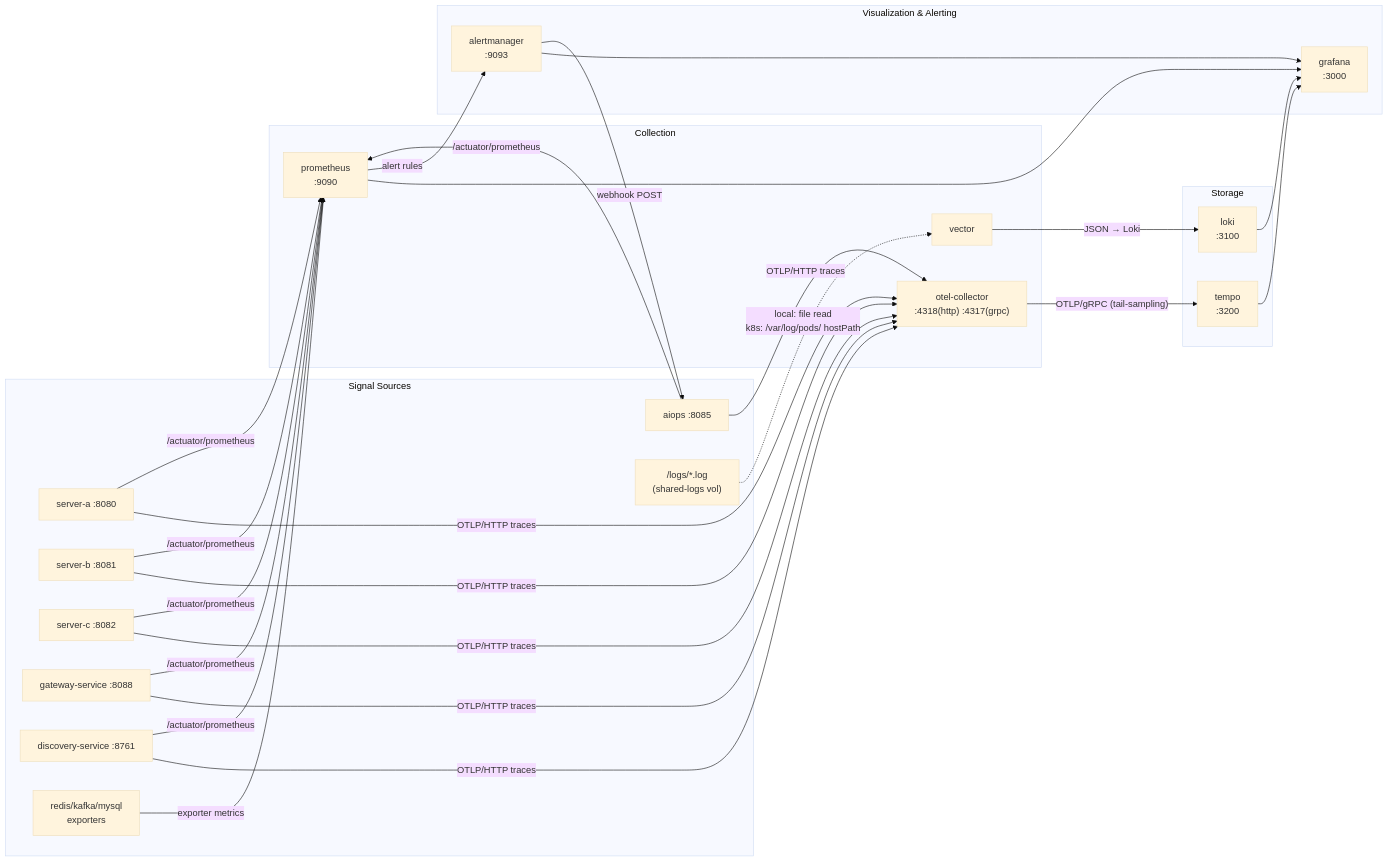
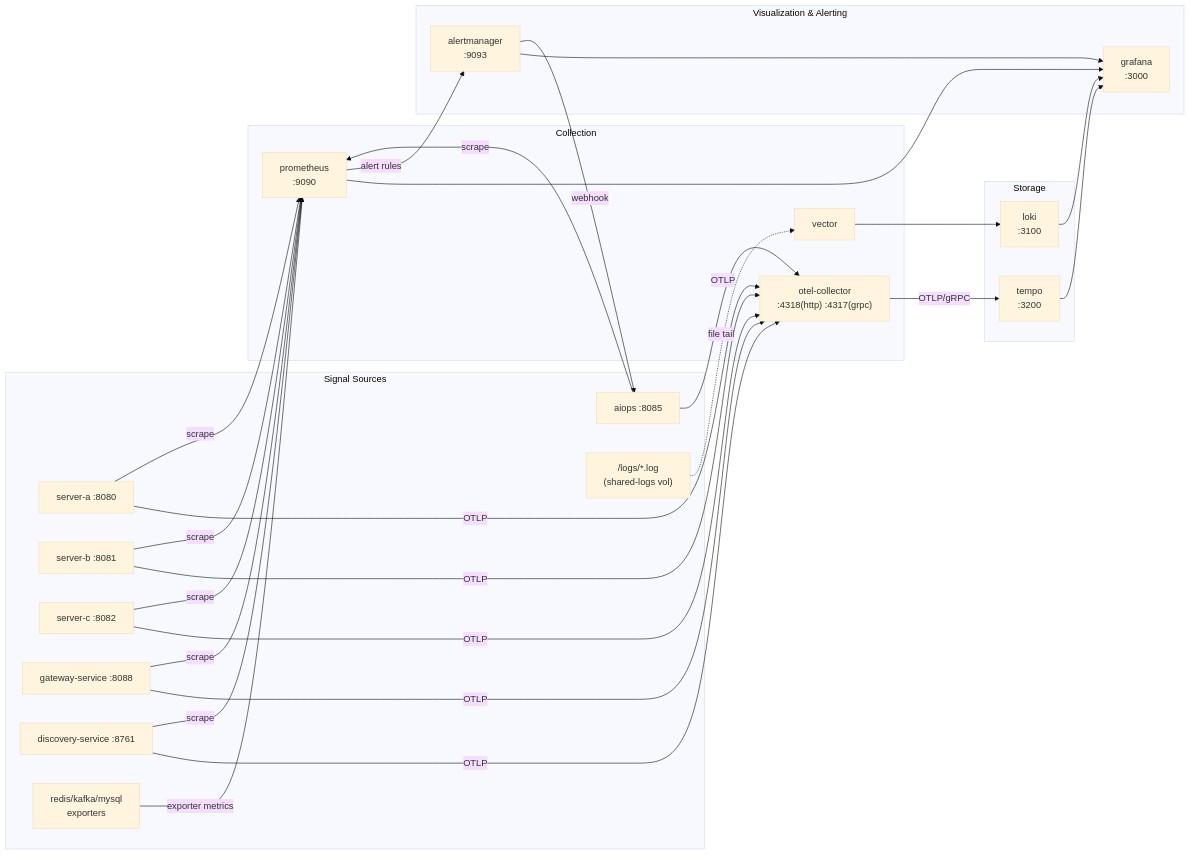
Before and after one commit to michi2012/goods-promotion-project: the third of 3 diagrams in docs/infra-diagram.md, drawn with Mermaid (base theme). The commit also changed other lines of this file, not shown here.

First line of the commit message:
docs: infra 다이어그램 엣지 라벨 단순화

````diff
--- a/docs/infra-diagram.md
+++ b/docs/infra-diagram.md
@@ -140,51 +140,51 @@
 ```mermaid
 flowchart LR
     subgraph Src["Signal Sources"]
         SA["server-a :8080"]
         SB["server-b :8081"]
         SC["server-c :8082"]
         GW["gateway-service :8088"]
         DS["discovery-service :8761"]
         AIO["aiops :8085"]
         Logs["/logs/*.log\n(shared-logs vol)"]
         Infra["redis/kafka/mysql\nexporters"]
     end
 
     subgraph Collect["Collection"]
         OTEL["otel-collector\n:4318(http) :4317(grpc)"]
         VEC["vector"]
         PROM["prometheus\n:9090"]
     end
 
     subgraph Store["Storage"]
         Tempo["tempo\n:3200"]
         Loki["loki\n:3100"]
     end
 
     subgraph Vis["Visualization & Alerting"]
         Grafana["grafana\n:3000"]
         AM["alertmanager\n:9093"]
     end
 
     %% Traces: 앱 → otel-collector → tempo
-    SA & SB & SC & GW & DS & AIO -->|"OTLP/HTTP traces"| OTEL
-    OTEL -->|"OTLP/gRPC (tail-sampling)"| Tempo
+    SA & SB & SC & GW & DS & AIO -->|"OTLP"| OTEL
+    OTEL -->|"OTLP/gRPC"| Tempo
 
     %% Logs: local=shared-logs 파일, k8s=stdout→/var/log/pods/ DaemonSet
-    Logs -.->|"local: file read\nk8s: /var/log/pods/ hostPath"| VEC
-    VEC -->|"JSON → Loki"| Loki
+    Logs -.->|"file tail"| VEC
+    VEC --> Loki
 
     %% Metrics: prometheus scrape
-    SA & SB & SC & GW & DS & AIO -->|"/actuator/prometheus"| PROM
+    SA & SB & SC & GW & DS & AIO -->|"scrape"| PROM
     Infra -->|"exporter metrics"| PROM
 
     %% Grafana datasources
     PROM --> Grafana
     Tempo --> Grafana
     Loki --> Grafana
     AM --> Grafana
 
     %% Alerting
     PROM -->|"alert rules"| AM
-    AM -->|"webhook POST"| AIO
+    AM -->|"webhook"| AIO
 ```
````
